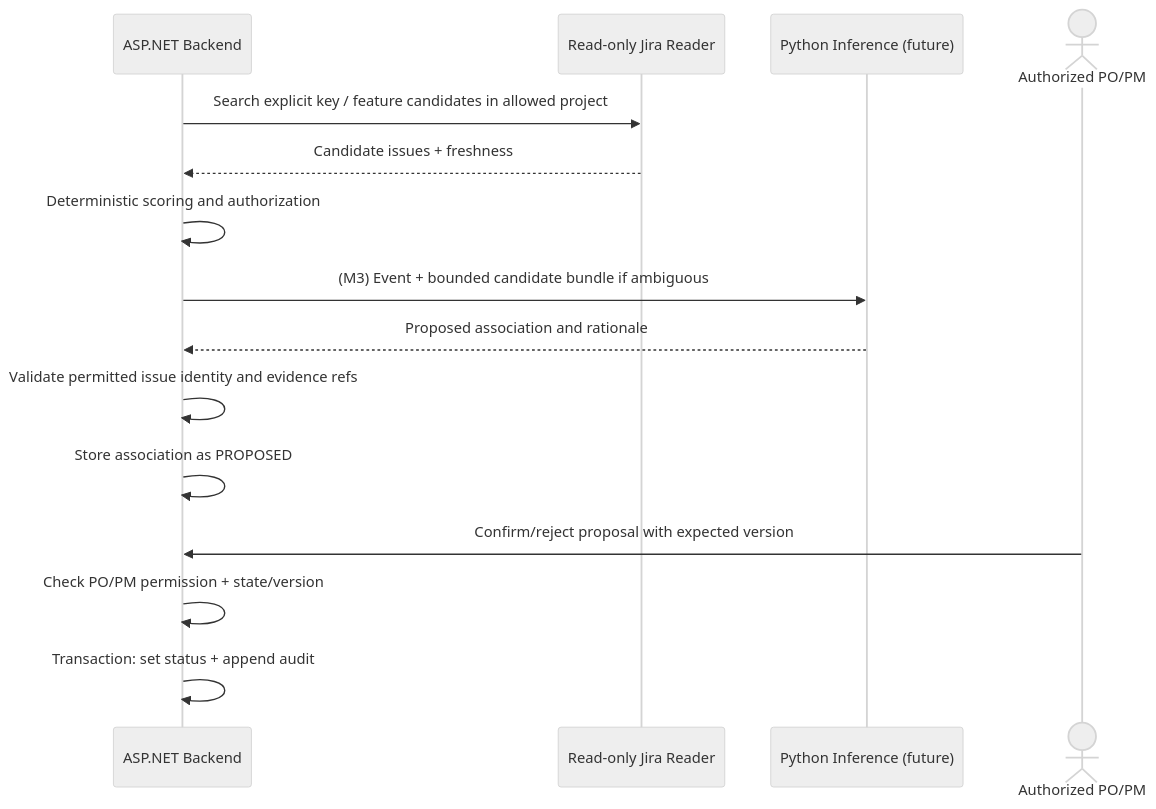
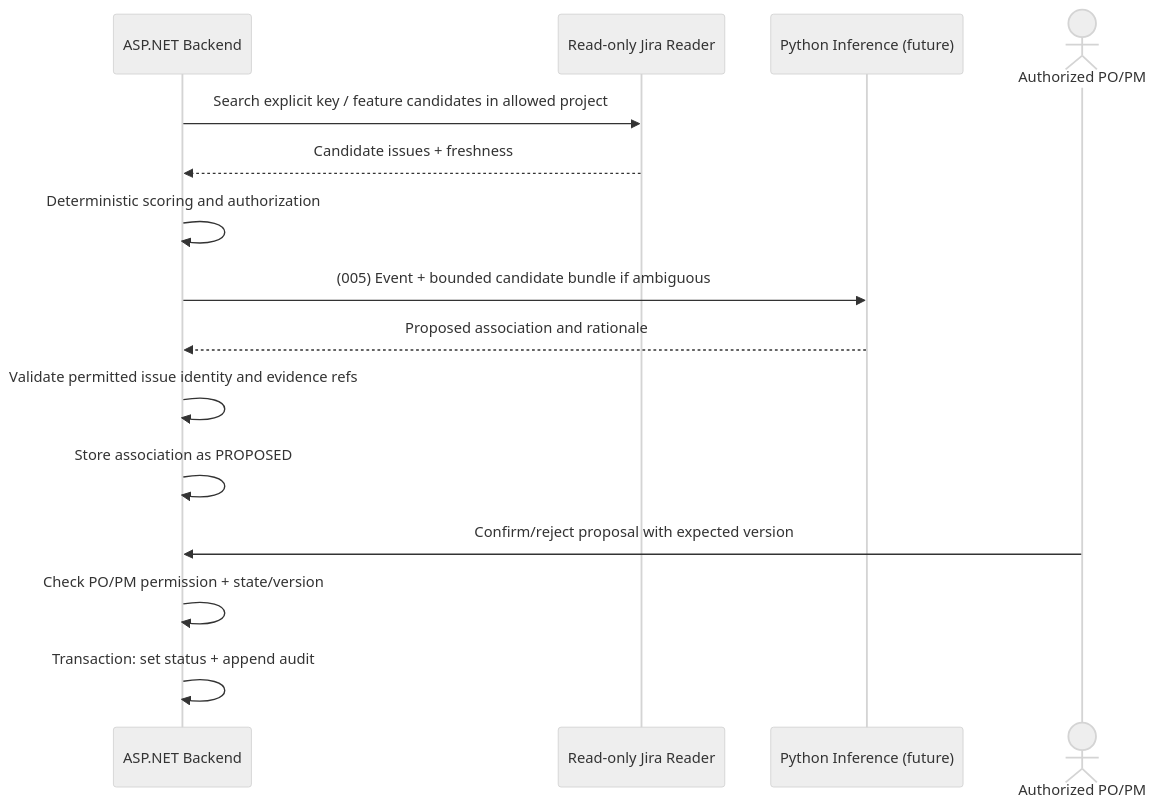
Before and after one commit to thanhanz/ClientHub: the second of 3 diagrams in docs/architecture/workflows.md, drawn with Mermaid (neutral theme). The commit also changed other lines of this file and 29 other files, not shown here.

Commit message:
enhance(harness): refactor domain and provider contracts, enhance context bundle schema, and improve validation scripts

````diff
--- a/docs/architecture/workflows.md
+++ b/docs/architecture/workflows.md
@@ -31,17 +31,17 @@
 ```mermaid
 sequenceDiagram
     participant API as ASP.NET Backend
     participant J as Read-only Jira Reader
     participant AI as Python Inference (future)
     actor PO as Authorized PO/PM
     API->>J: Search explicit key / feature candidates in allowed project
     J-->>API: Candidate issues + freshness
     API->>API: Deterministic scoring and authorization
-    API->>AI: (M3) Event + bounded candidate bundle if ambiguous
+    API->>AI: (005) Event + bounded candidate bundle if ambiguous
     AI-->>API: Proposed association and rationale
     API->>API: Validate permitted issue identity and evidence refs
     API->>API: Store association as PROPOSED
     PO->>API: Confirm/reject proposal with expected version
     API->>API: Check PO/PM permission + state/version
     API->>API: Transaction: set status + append audit
 ```
````
